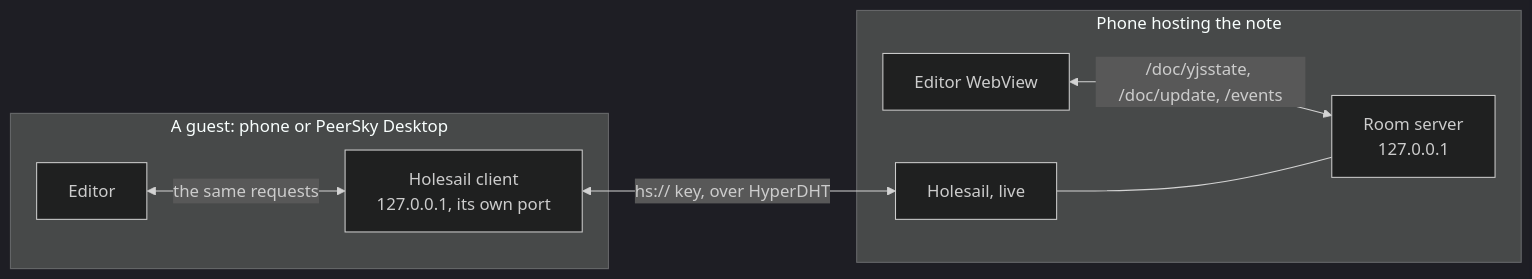
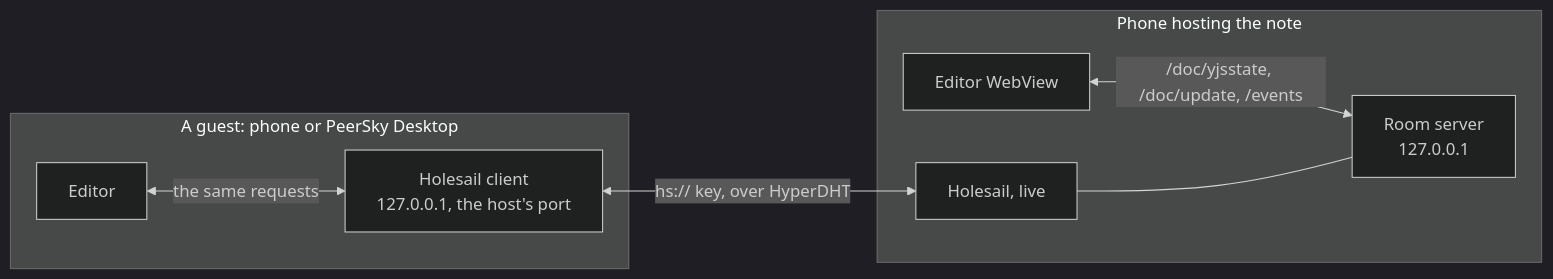
The diagram in docs/p2pmd.md (p2plabsxyz/peersky-mobile), drawn with Mermaid (dark theme) before and after one commit. The commit also changed other lines of this file, not shown here.

Commit message:
docs(p2pmd): say how a note keeps its port on the host and its guests

````diff
--- a/docs/p2pmd.md
+++ b/docs/p2pmd.md
@@ -49,18 +49,18 @@
 ```mermaid
 flowchart LR
   subgraph host["Phone hosting the note"]
     heditor["Editor WebView"]
     server["Room server<br/>127.0.0.1"]
     live["Holesail, live"]
   end
 
   subgraph guest["A guest: phone or PeerSky Desktop"]
     geditor["Editor"]
-    client["Holesail client<br/>127.0.0.1, its own port"]
+    client["Holesail client<br/>127.0.0.1, the host's port"]
   end
 
   heditor <-->|"/doc/yjsstate, /doc/update, /events"| server
   live --- server
   client <-->|"hs:// key, over HyperDHT"| live
   geditor <-->|"the same requests"| client
 ```
````
